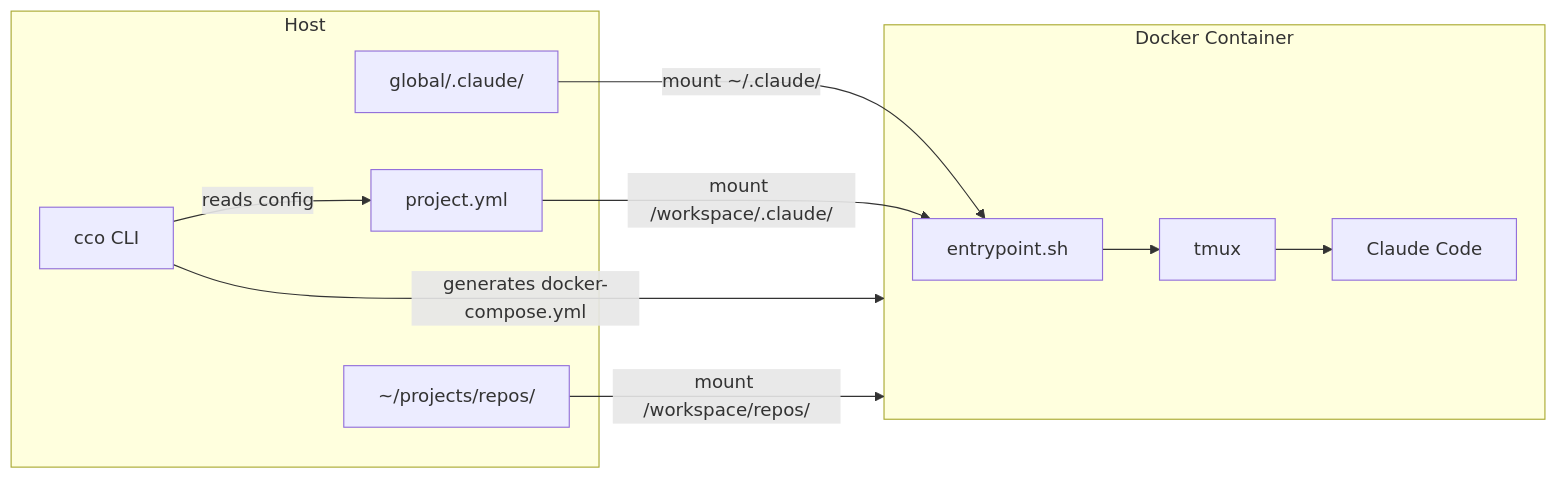
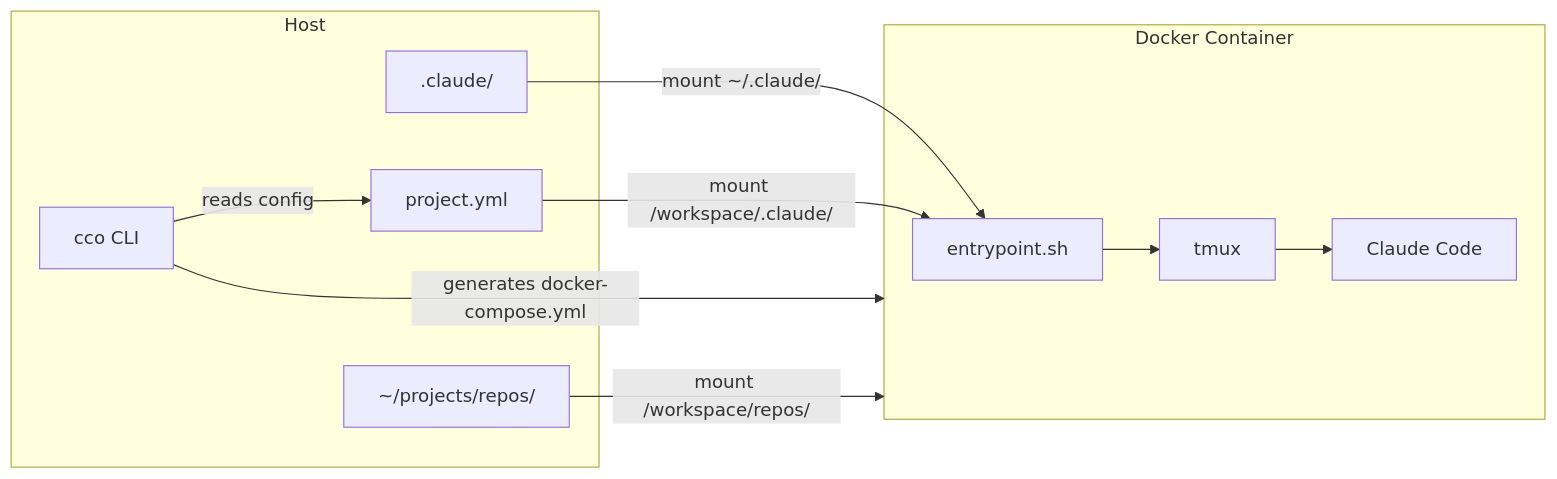
Before and after one commit to alergyonthestage/claude-orchestrator: the diagram in docs/users/foundation/guides/overview.md, drawn with Mermaid. The commit also changed 23 other files, not shown here.

First line of the commit message:
docs: flatten ~/.cco/global/.claude -> ~/.cco/.claude across shipped + living docs

````diff
--- a/docs/users/foundation/guides/overview.md
+++ b/docs/users/foundation/guides/overview.md
@@ -61,22 +61,22 @@
 ```mermaid
 graph LR
     subgraph Host
         CLI["cco CLI"]
         PROJ["project.yml"]
-        GLOBAL["global/.claude/"]
+        GLOBAL[".claude/"]
         REPOS["~/projects/repos/"]
     end
 
     subgraph DC["Docker Container"]
         EP["entrypoint.sh"]
         TMUX["tmux"]
         CLAUDE["Claude Code"]
     end
 
     CLI -->|"reads config"| PROJ
     CLI -->|"generates docker-compose.yml"| DC
     GLOBAL -->|"mount ~/.claude/"| EP
     PROJ -->|"mount /workspace/.claude/"| EP
     REPOS -->|"mount /workspace/repos/"| DC
     EP --> TMUX --> CLAUDE
 ```
````
